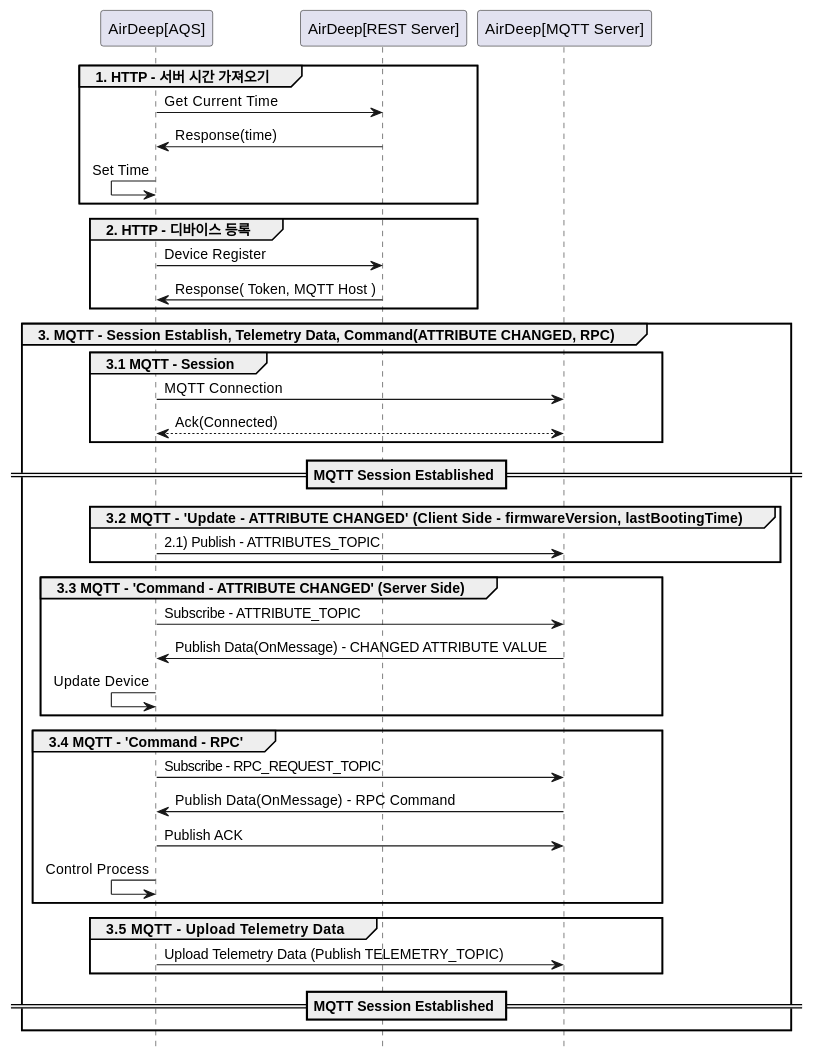
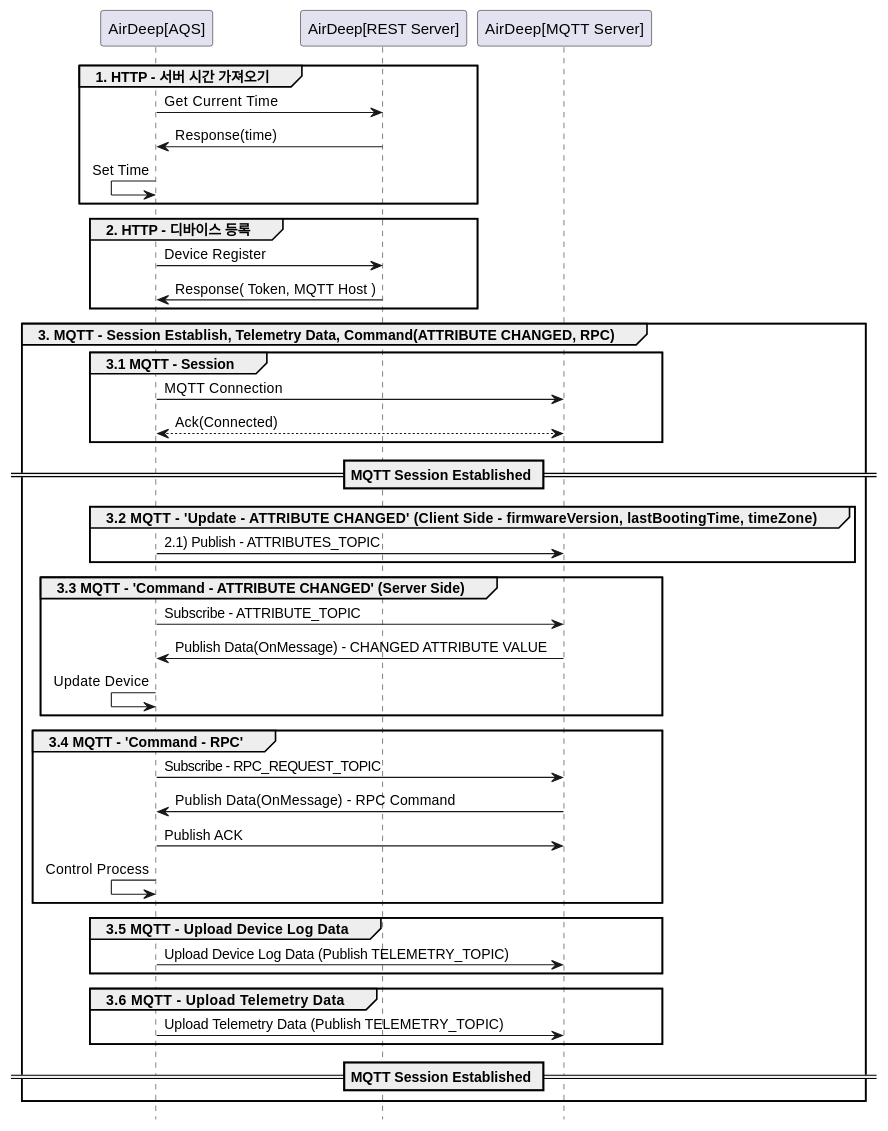
Before and after one commit to RTdataLab/DE-ADeep-API-Guide: the first of 3 diagrams in README.md, drawn with PlantUML. The commit also changed other lines of this file and 7 other files, not shown here.

Commit message:
[update v0.3.5]  - 응답 TOPIC 통일화 TELEMETRY_TOPIC  - 응답 Json Key 변경  - Shard Attribute - remoteLogLevel 추가  - UploadTelemetryLogData.md 추가

````diff
--- a/README.md
+++ b/README.md
@@ -53,50 +53,54 @@
   ```plantuml
   @startuml
     participant "AirDeep[AQS]" order 1
     participant "AirDeep[REST Server]" order 2
     participant "AirDeep[MQTT Server]" order 3
     hide footbox
    
     group 1. HTTP - 서버 시간 가져오기
         "AirDeep[AQS]" -> "AirDeep[REST Server]" : Get Current Time
         "AirDeep[AQS]" <- "AirDeep[REST Server]" : Response(time)
         "AirDeep[AQS]" <- "AirDeep[AQS]" : Set Time
     end
     group 2. HTTP - 디바이스 등록
       "AirDeep[AQS]" -> "AirDeep[REST Server]" : Device Register
       "AirDeep[AQS]" <- "AirDeep[REST Server]"  : Response( Token, MQTT Host )
     end
     
     group 3. MQTT - Session Establish, Telemetry Data, Command(ATTRIBUTE CHANGED, RPC)
       group 3.1 MQTT - Session
         "AirDeep[AQS]" -> "AirDeep[MQTT Server]" : MQTT Connection
         "AirDeep[AQS]" <--> "AirDeep[MQTT Server]" : Ack(Connected)
       end
 
       == MQTT Session Established ==
 
-     group 3.2 MQTT - 'Update - ATTRIBUTE CHANGED' (Client Side - firmwareVersion, lastBootingTime)
+     group 3.2 MQTT - 'Update - ATTRIBUTE CHANGED' (Client Side - firmwareVersion, lastBootingTime, timeZone)
      "AirDeep[AQS]" -> "AirDeep[MQTT Server]" : 2.1) Publish - ATTRIBUTES_TOPIC
      end
 
      group 3.3 MQTT - 'Command - ATTRIBUTE CHANGED' (Server Side)
        "AirDeep[AQS]" -> "AirDeep[MQTT Server]" : Subscribe - ATTRIBUTE_TOPIC
        "AirDeep[AQS]" <- "AirDeep[MQTT Server]" : Publish Data(OnMessage) - CHANGED ATTRIBUTE VALUE
        "AirDeep[AQS]" <- "AirDeep[AQS]" : Update Device
      end
 
      group 3.4 MQTT - 'Command - RPC'
        "AirDeep[AQS]" -> "AirDeep[MQTT Server]" : Subscribe - RPC_REQUEST_TOPIC
        "AirDeep[AQS]" <- "AirDeep[MQTT Server]" : Publish Data(OnMessage) - RPC Command
        "AirDeep[AQS]" -> "AirDeep[MQTT Server]" : Publish ACK
        "AirDeep[AQS]" <- "AirDeep[AQS]" : Control Process
      end
 
-     group 3.5 MQTT - Upload Telemetry Data
+     group 3.5 MQTT - Upload Device Log Data
+       "AirDeep[AQS]" -> "AirDeep[MQTT Server]" : Upload Device Log Data (Publish TELEMETRY_TOPIC)
+     end
+
+     group 3.6 MQTT - Upload Telemetry Data
        "AirDeep[AQS]" -> "AirDeep[MQTT Server]" : Upload Telemetry Data (Publish TELEMETRY_TOPIC)
      end
-      
+
       == MQTT Session Established ==
     end
   @enduml
   ```
````
